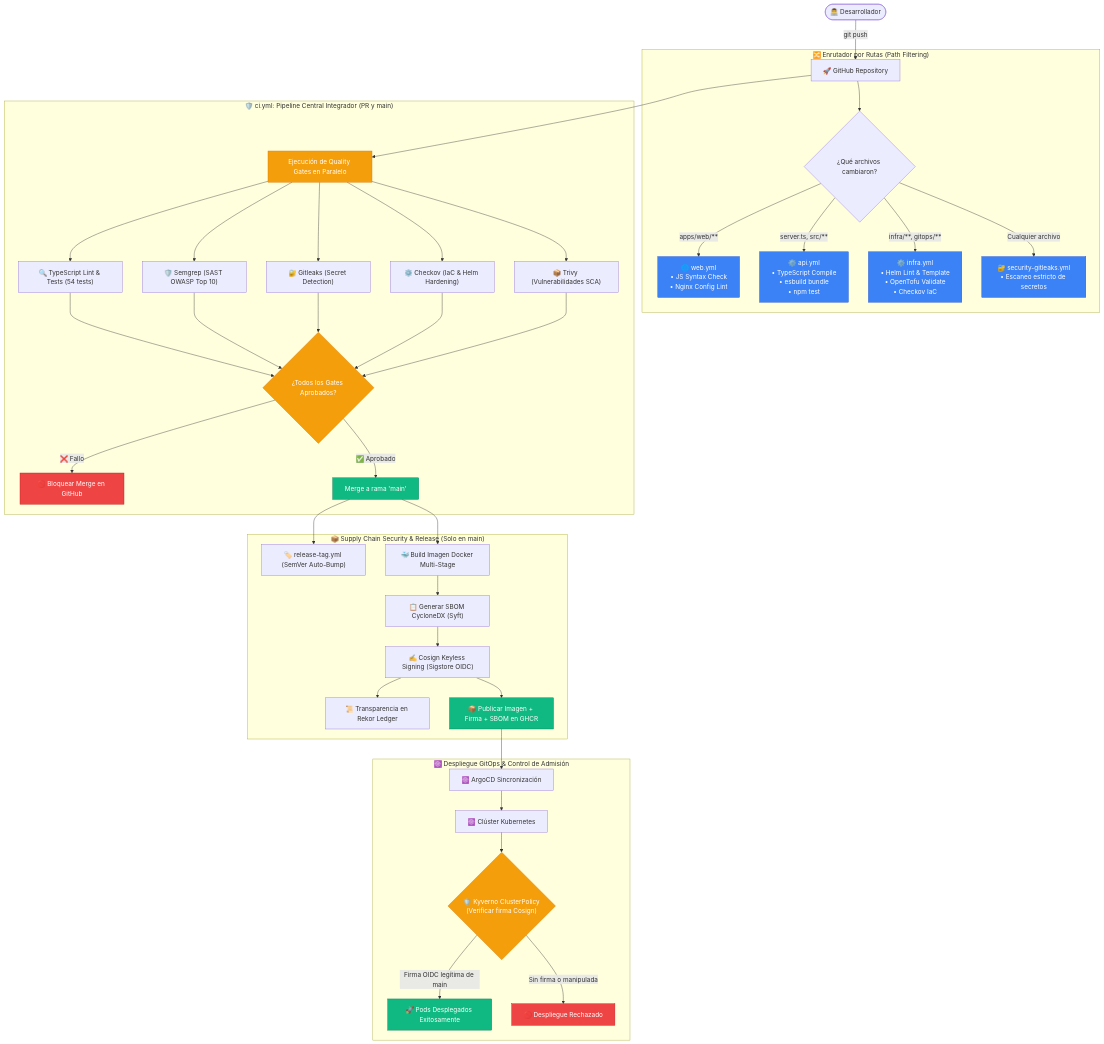
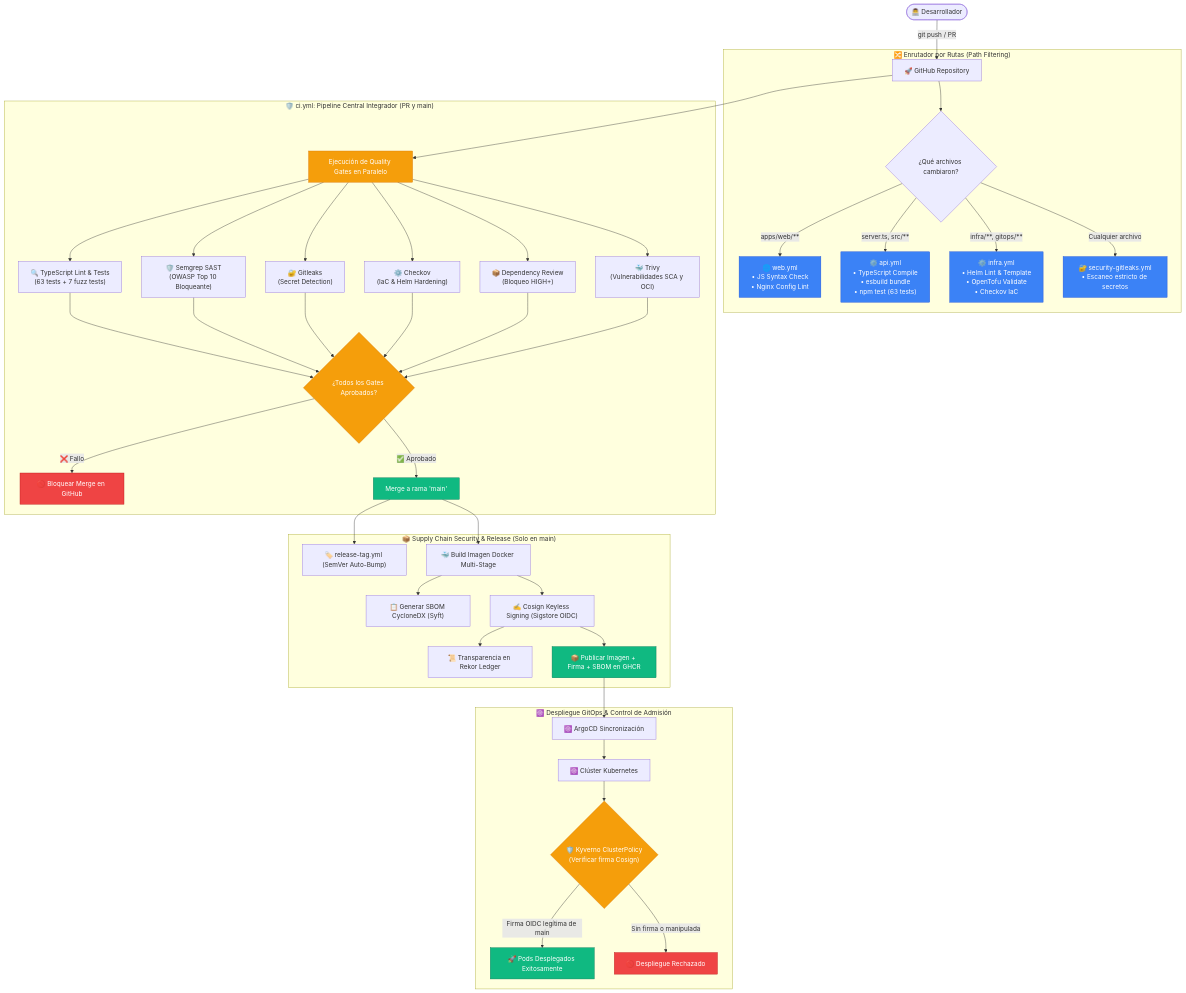
One commit to rocapellino/pokedex changed the diagram in docs/devops/GITHUB_WORKFLOWS_GUIDE.md. Above: the diagram before and after it, drawn with Mermaid. The commit also changed other lines of this file and 8 other files, not shown here.

Commit message:
docs: update comprehensive technical documentation across architecture, security, helm, devops and runbooks

````diff
--- a/docs/devops/GITHUB_WORKFLOWS_GUIDE.md
+++ b/docs/devops/GITHUB_WORKFLOWS_GUIDE.md
@@ -37,52 +41,53 @@
 ```mermaid
 flowchart TD
-    DEV(["👨‍💻 Desarrollador"]) -->|git push| GH["🚀 GitHub Repository"]
+    DEV(["👨‍💻 Desarrollador"]) -->|git push / PR| GH["🚀 GitHub Repository"]
     
     subgraph TRIGGER_ROUTER ["🔀 Enrutador por Rutas (Path Filtering)"]
         GH --> CHK_PATH{"¿Qué archivos cambiaron?"}
         CHK_PATH -->|apps/web/**| WF_WEB["🌐 web.yml\n• JS Syntax Check\n• Nginx Config Lint"]
-        CHK_PATH -->|server.ts, src/**| WF_API["⚙️ api.yml\n• TypeScript Compile\n• esbuild bundle\n• npm test"]
+        CHK_PATH -->|server.ts, src/**| WF_API["⚙️ api.yml\n• TypeScript Compile\n• esbuild bundle\n• npm test (63 tests)"]
         CHK_PATH -->|infra/**, gitops/**| WF_INFRA["⚙️ infra.yml\n• Helm Lint & Template\n• OpenTofu Validate\n• Checkov IaC"]
         CHK_PATH -->|Cualquier archivo| WF_LEAKS["🔐 security-gitleaks.yml\n• Escaneo estricto de secretos"]
     end
 
     subgraph CI_PIPELINE ["🛡️ ci.yml: Pipeline Central Integrador (PR y main)"]
         GH --> GATES_PARALLEL["Ejecución de Quality Gates en Paralelo"]
-        GATES_PARALLEL --> QG1["🔍 TypeScript Lint & Tests (54 tests)"]
-        GATES_PARALLEL --> QG2["🛡️ Semgrep (SAST OWASP Top 10)"]
-        GATES_PARALLEL --> QG3["🔐 Gitleaks (Secret Detection)"]
-        GATES_PARALLEL --> QG4["⚙️ Checkov (IaC & Helm Hardening)"]
-        GATES_PARALLEL --> QG5["📦 Trivy (Vulnerabilidades SCA)"]
+        GATES_PARALLEL --> QG1["🔍 TypeScript Lint & Tests\n(63 tests + 7 fuzz tests)"]
+        GATES_PARALLEL --> QG2["🛡️ Semgrep SAST\n(OWASP Top 10 Bloqueante)"]
+        GATES_PARALLEL --> QG3["🔐 Gitleaks\n(Secret Detection)"]
+        GATES_PARALLEL --> QG4["⚙️ Checkov\n(IaC & Helm Hardening)"]
+        GATES_PARALLEL --> QG5["📦 Dependency Review\n(Bloqueo HIGH+)"]
+        GATES_PARALLEL --> QG6["🐳 Trivy\n(Vulnerabilidades SCA y OCI)"]
         
-        QG1 & QG2 & QG3 & QG4 & QG5 --> GATE_DECISION{"¿Todos los Gates Aprobados?"}
+        QG1 & QG2 & QG3 & QG4 & QG5 & QG6 --> GATE_DECISION{"¿Todos los Gates Aprobados?"}
         GATE_DECISION -->|❌ Fallo| BLOCK_PR["🚫 Bloquear Merge en GitHub"]
         GATE_DECISION -->|✅ Aprobado| MERGE_MAIN["Merge a rama 'main'"]
     end
 
     subgraph SUPPLY_CHAIN ["📦 Supply Chain Security & Release (Solo en main)"]
         MERGE_MAIN --> BUMP["🏷️ release-tag.yml (SemVer Auto-Bump)"]
         MERGE_MAIN --> DOCKER_BUILD["🐳 Build Imagen Docker Multi-Stage"]
         DOCKER_BUILD --> SYFT_SBOM["📋 Generar SBOM CycloneDX (Syft)"]
-        SYFT_SBOM --> COSIGN_SIGN["✍️ Cosign Keyless Signing (Sigstore OIDC)"]
+        DOCKER_BUILD --> COSIGN_SIGN["✍️ Cosign Keyless Signing (Sigstore OIDC)"]
         COSIGN_SIGN --> REKOR["📜 Transparencia en Rekor Ledger"]
         COSIGN_SIGN --> PUSH_GHCR["📦 Publicar Imagen + Firma + SBOM en GHCR"]
     end
 
     subgraph DEPLOYMENT ["☸️ Despliegue GitOps & Control de Admisión"]
         PUSH_GHCR --> ARGO["☸️ ArgoCD Sincronización"]
         ARGO --> K8S["☸️ Clúster Kubernetes"]
         K8S --> KYVERNO{"🛡️ Kyverno ClusterPolicy\n(Verificar firma Cosign)"}
         KYVERNO -->|Firma OIDC legítima de main| DEPLOY_OK["🚀 Pods Desplegados Exitosamente"]
         KYVERNO -->|Sin firma o manipulada| DEPLOY_FAIL["🚫 Despliegue Rechazado"]
     end
 
     classDef normal fill:#3b82f6,stroke:#1d4ed8,color:#fff;
     classDef gate fill:#f59e0b,stroke:#d97706,color:#fff;
     classDef success fill:#10b981,stroke:#047857,color:#fff;
     classDef error fill:#ef4444,stroke:#b91c1c,color:#fff;
 
     class WF_WEB,WF_API,WF_INFRA,WF_LEAKS normal;
     class GATES_PARALLEL,GATE_DECISION,KYVERNO gate;
     class MERGE_MAIN,PUSH_GHCR,DEPLOY_OK success;
     class BLOCK_PR,DEPLOY_FAIL error;
 ```
````
